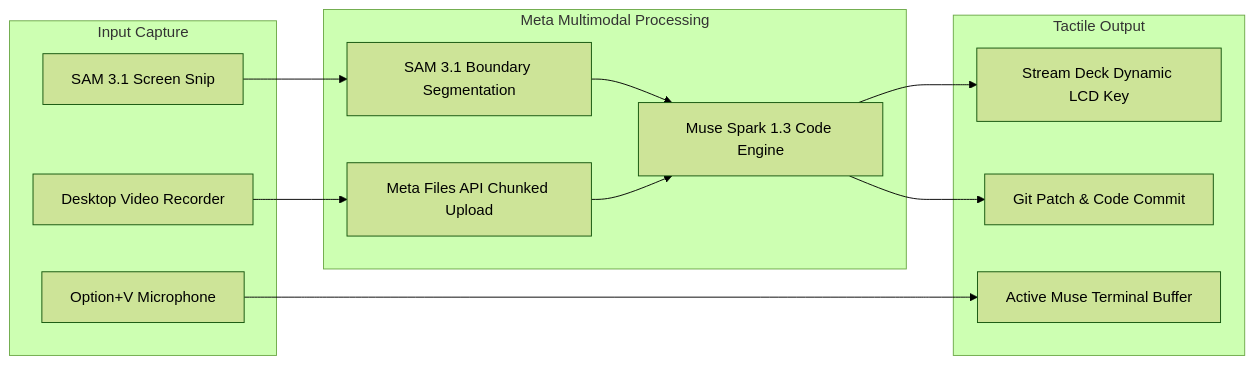
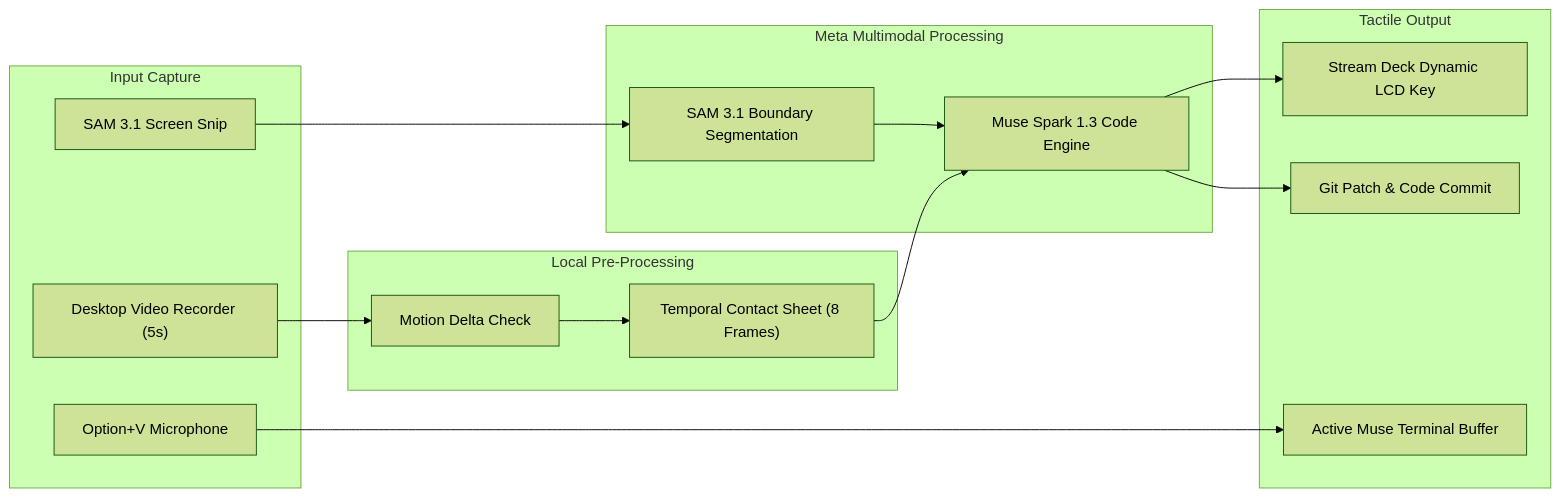
One commit to memetcircus/musedeck changed the second of 3 diagrams in README.md. Above: the diagram before and after it, drawn with Mermaid (forest theme). The commit also changed other lines of this file, not shown here.

Commit message:
docs: update system architecture and data pipeline with temporal storyboard engine

````diff
--- a/README.md
+++ b/README.md
@@ -213,24 +217,28 @@
 ```mermaid
 flowchart LR
     subgraph Ingestion["Input Capture"]
         Snip["SAM 3.1 Screen Snip"]
-        Video["Desktop Video Recorder"]
+        Video["Desktop Video Recorder (5s)"]
         Voice["Option+V Microphone"]
+    end
+
+    subgraph Processing["Local Pre-Processing"]
+        Motion["Motion Delta Check"]
+        Filmstrip["Temporal Contact Sheet (8 Frames)"]
     end
 
     subgraph MetaProcessing["Meta Multimodal Processing"]
         SAM_Proc["SAM 3.1 Boundary Segmentation"]
-        Files_Proc["Meta Files API Chunked Upload"]
         Spark_Proc["Muse Spark 1.3 Code Engine"]
     end
 
     subgraph Synthesis["Tactile Output"]
         Deck["Stream Deck Dynamic LCD Key"]
         Term["Active Muse Terminal Buffer"]
         Patch["Git Patch & Code Commit"]
     end
 
     Snip --> SAM_Proc --> Spark_Proc --> Deck
-    Video --> Files_Proc --> Spark_Proc --> Patch
+    Video --> Motion --> Filmstrip --> Spark_Proc --> Patch
     Voice --> Term
 ```
````
